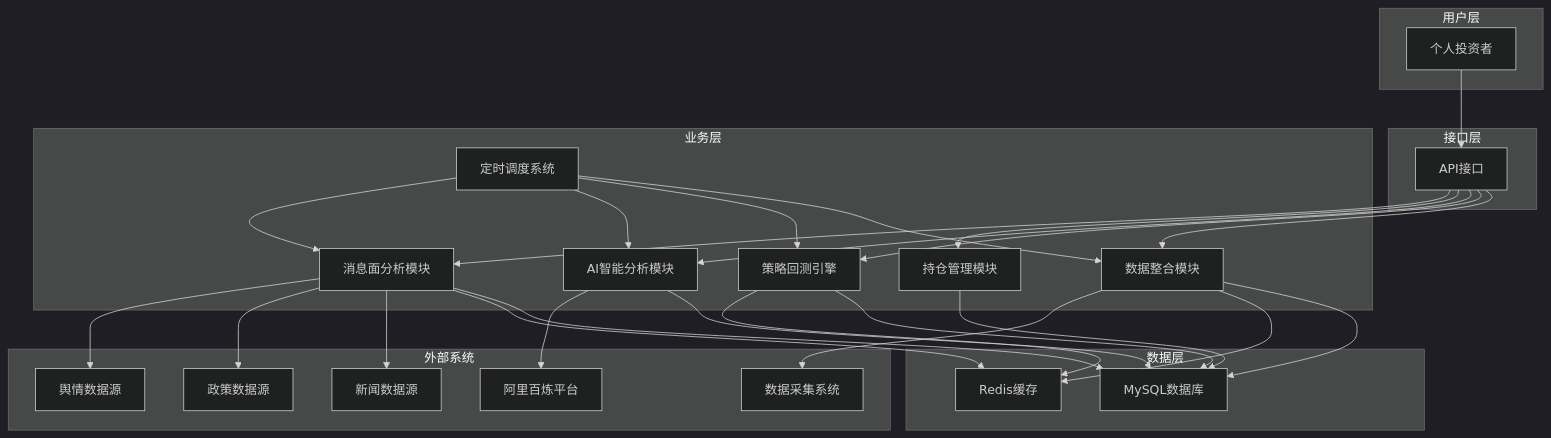
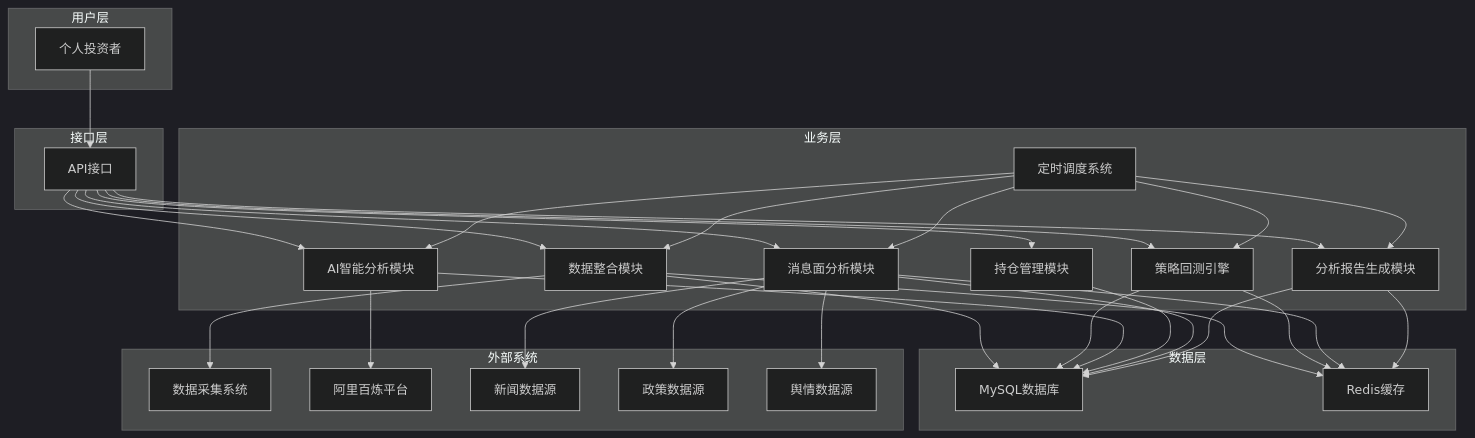
The first of 8 diagrams in .trae/documents/quantitative_system_prd.md (Casper-Mars/trading), drawn with Mermaid (dark theme) before and after one commit. The commit also changed other lines of this file and 1 other file, not shown here.

````diff
--- a/.trae/documents/quantitative_system_prd.md
+++ b/.trae/documents/quantitative_system_prd.md
@@ -380,61 +462,66 @@
 ```mermaid
 graph TB
     subgraph "用户层"
         A[个人投资者]
     end
     
     subgraph "接口层"
         B[API接口]
     end
     
     subgraph "业务层"
         C[数据整合模块]
         D[策略回测引擎]
         E[AI智能分析模块]
         G[定时调度系统]
         H[持仓管理模块]
         M[消息面分析模块]
+        Q[分析报告生成模块]
     end
     
     subgraph "数据层"
         I[MySQL数据库]
         J[Redis缓存]
     end
     
     subgraph "外部系统"
         K[数据采集系统]
         L[阿里百炼平台]
         N[新闻数据源]
         O[政策数据源]
         P[舆情数据源]
     end
     
     A --> B
     
     B --> C
     B --> D
     B --> E
     B --> H
     B --> M
+    B --> Q
     
     G --> C
     G --> D
     G --> E
     G --> M
+    G --> Q
     
     C --> I
     D --> I
     E --> I
     H --> I
     M --> I
+    Q --> I
     
     C --> J
     D --> J
     M --> J
+    Q --> J
     
     C --> K
     E --> L
     M --> N
     M --> O
     M --> P
 ```
````
